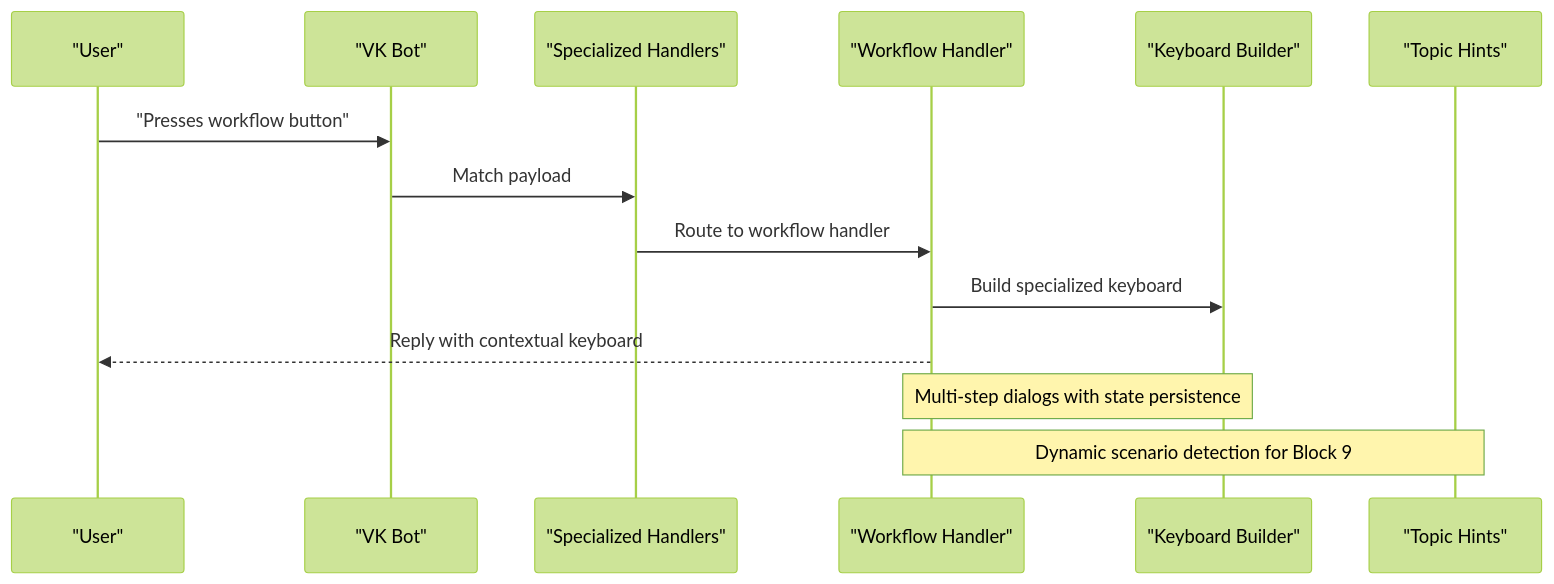
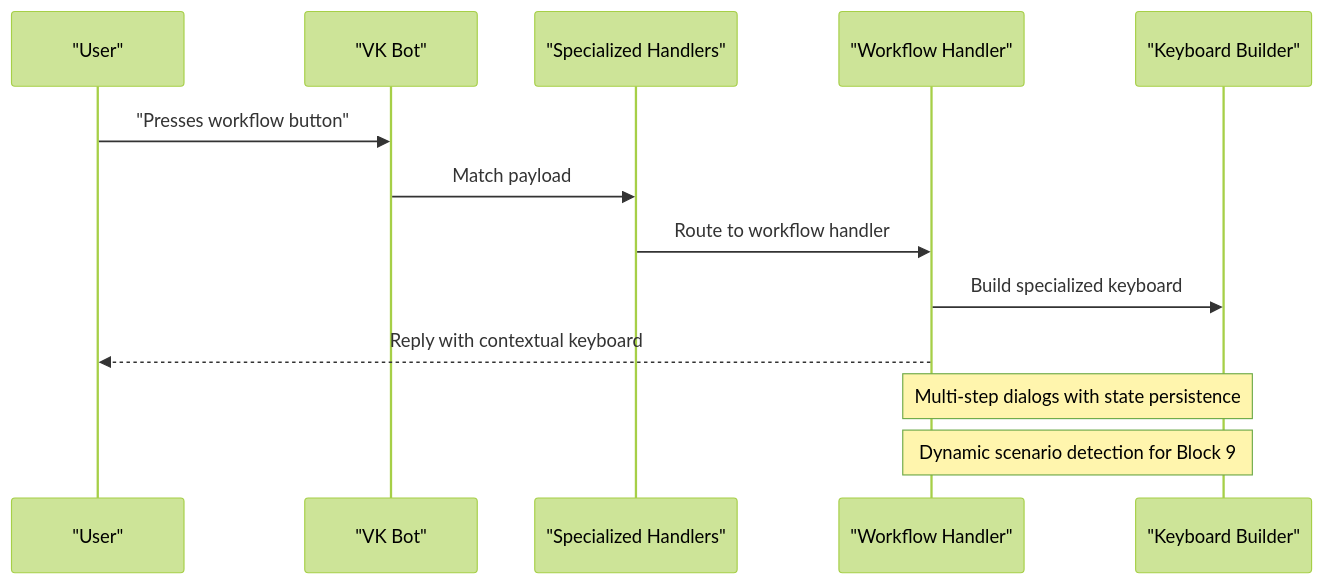
The second of 11 diagrams in .qoder/repowiki/en/content/Keyboard System.md (ognelis/cafetera_hr_bot), drawn with Mermaid (forest theme) before and after one commit. The commit also changed other lines of this file and 16 other files, not shown here.

````diff
--- a/.qoder/repowiki/en/content/Keyboard System.md
+++ b/.qoder/repowiki/en/content/Keyboard System.md
@@ -141,16 +128,15 @@
 ```mermaid
 sequenceDiagram
 participant User as "User"
 participant Bot as "VK Bot"
 participant Labelers as "Specialized Handlers"
 participant Handler as "Workflow Handler"
 participant KB as "Keyboard Builder"
-participant TH as "Topic Hints"
 User->>Bot : "Presses workflow button"
 Bot->>Labelers : Match payload
 Labelers->>Handler : Route to workflow handler
 Handler->>KB : Build specialized keyboard
 Handler-->>User : Reply with contextual keyboard
 Note over Handler,KB : Multi-step dialogs with state persistence
-Note over Handler,TH : Dynamic scenario detection for Block 9
+Note over Handler,KB : Dynamic scenario detection for Block 9
 ```
````
